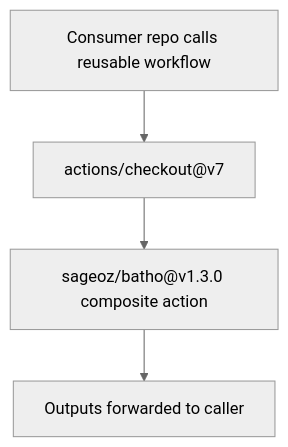
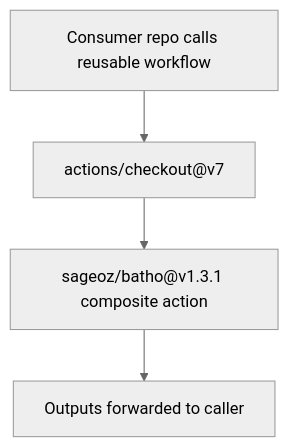
One commit to sageoz/Batho changed the diagram in docs-site/docs/cicd/reusable-workflow.md. Above: the diagram before and after it, drawn with Mermaid (neutral theme). The commit also changed other lines of this file and 22 other files, not shown here.

````diff
--- a/docs-site/docs/cicd/reusable-workflow.md
+++ b/docs-site/docs/cicd/reusable-workflow.md
@@ -7,6 +7,6 @@
 ```mermaid
 flowchart TD
     A["Consumer repo calls reusable workflow"] --> B["actions/checkout@v7"]
-    B --> C["sageoz/batho@v1.3.0 composite action"]
+    B --> C["sageoz/batho@v1.3.1 composite action"]
     C --> D["Outputs forwarded to caller"]
 ```
````
